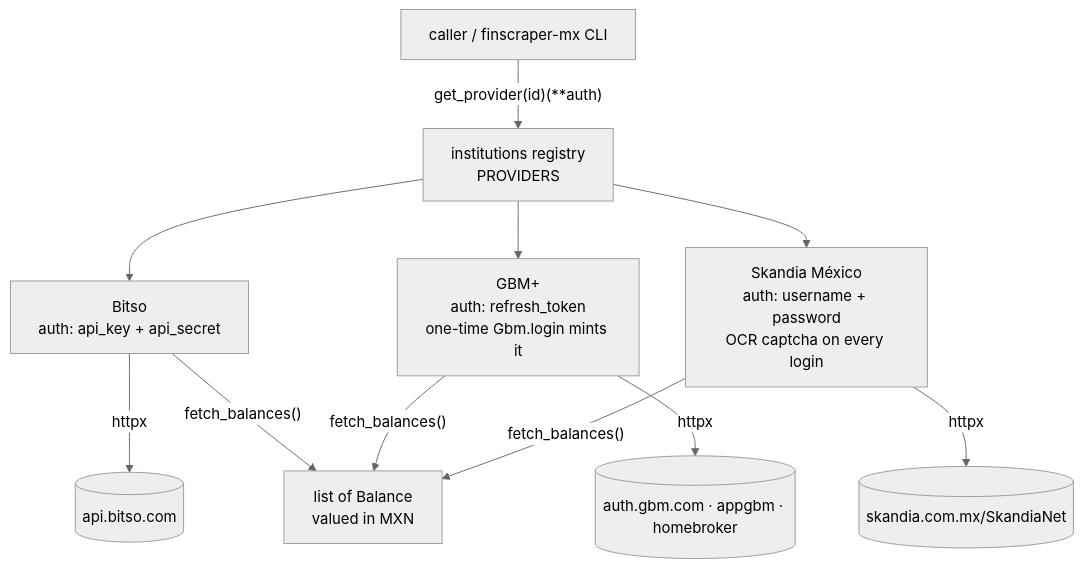
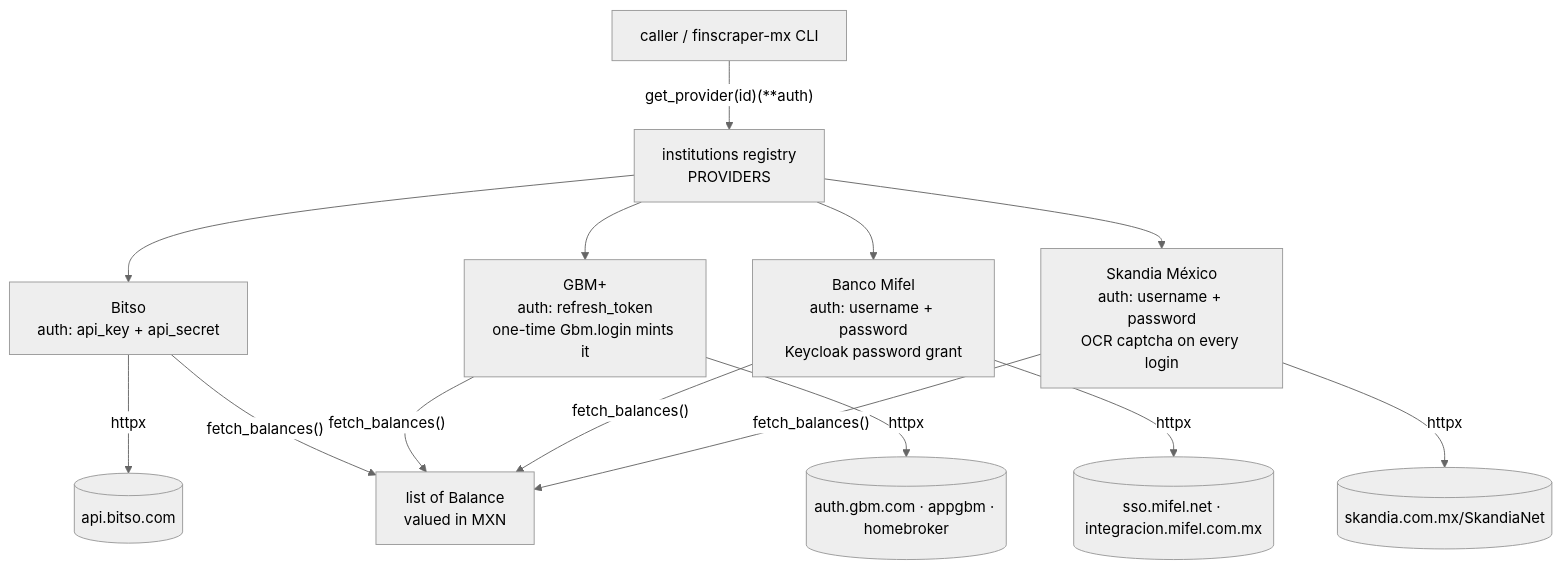
One commit to PaoloReyes/finscraper-mx changed the diagram in CLAUDE.md. Above: the diagram before and after it, drawn with Mermaid (neutral theme). The commit also changed other lines of this file and 7 other files, not shown here.

First line of the commit message:
Add Banco Mifel provider (account balances)

````diff
--- a/CLAUDE.md
+++ b/CLAUDE.md
@@ -26,13 +26,16 @@
 ```mermaid
 flowchart TD
   caller["caller / finscraper-mx CLI"] -->|"get_provider(id)(**auth)"| reg["institutions registry<br/>PROVIDERS"]
   reg --> bitso["Bitso<br/>auth: api_key + api_secret"]
   reg --> gbm["GBM+<br/>auth: refresh_token<br/>one-time Gbm.login mints it"]
+  reg --> mifel["Banco Mifel<br/>auth: username + password<br/>Keycloak password grant"]
   reg --> skandia["Skandia México<br/>auth: username + password<br/>OCR captcha on every login"]
   bitso -->|"httpx"| bapi[("api.bitso.com")]
   gbm -->|"httpx"| gapi[("auth.gbm.com · appgbm · homebroker")]
+  mifel -->|"httpx"| mapi[("sso.mifel.net · integracion.mifel.com.mx")]
   skandia -->|"httpx"| sapi[("skandia.com.mx/SkandiaNet")]
   bitso -->|"fetch_balances()"| bal["list of Balance<br/>valued in MXN"]
   gbm -->|"fetch_balances()"| bal
+  mifel -->|"fetch_balances()"| bal
   skandia -->|"fetch_balances()"| bal
 ```
````
